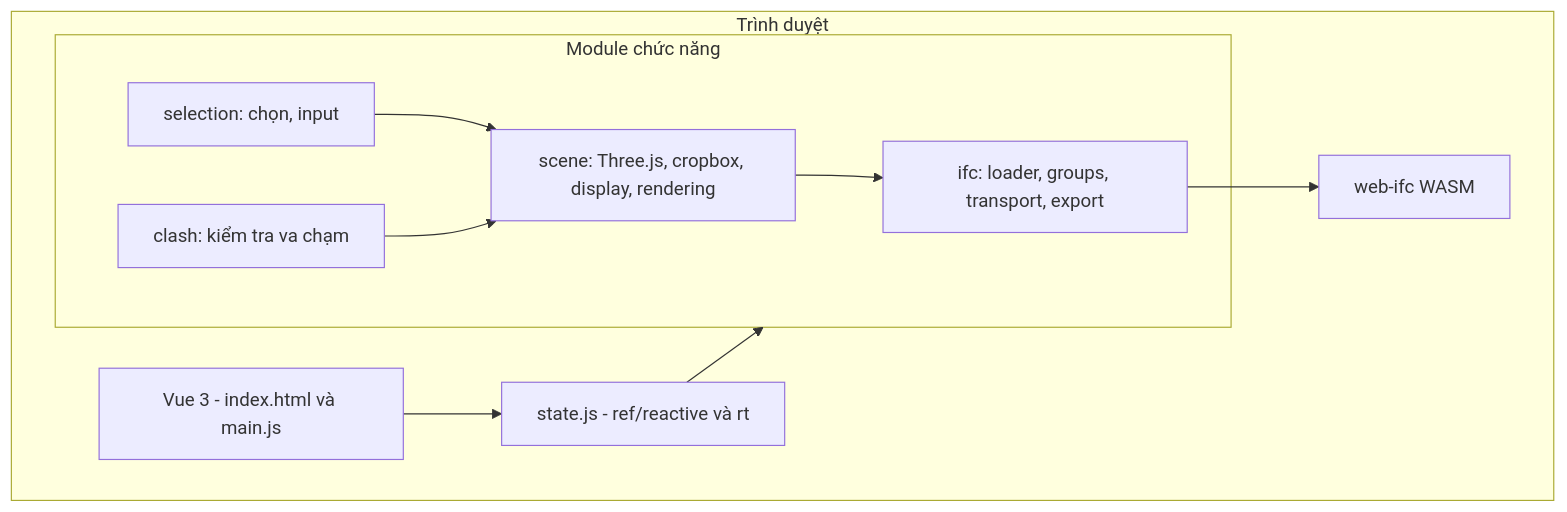
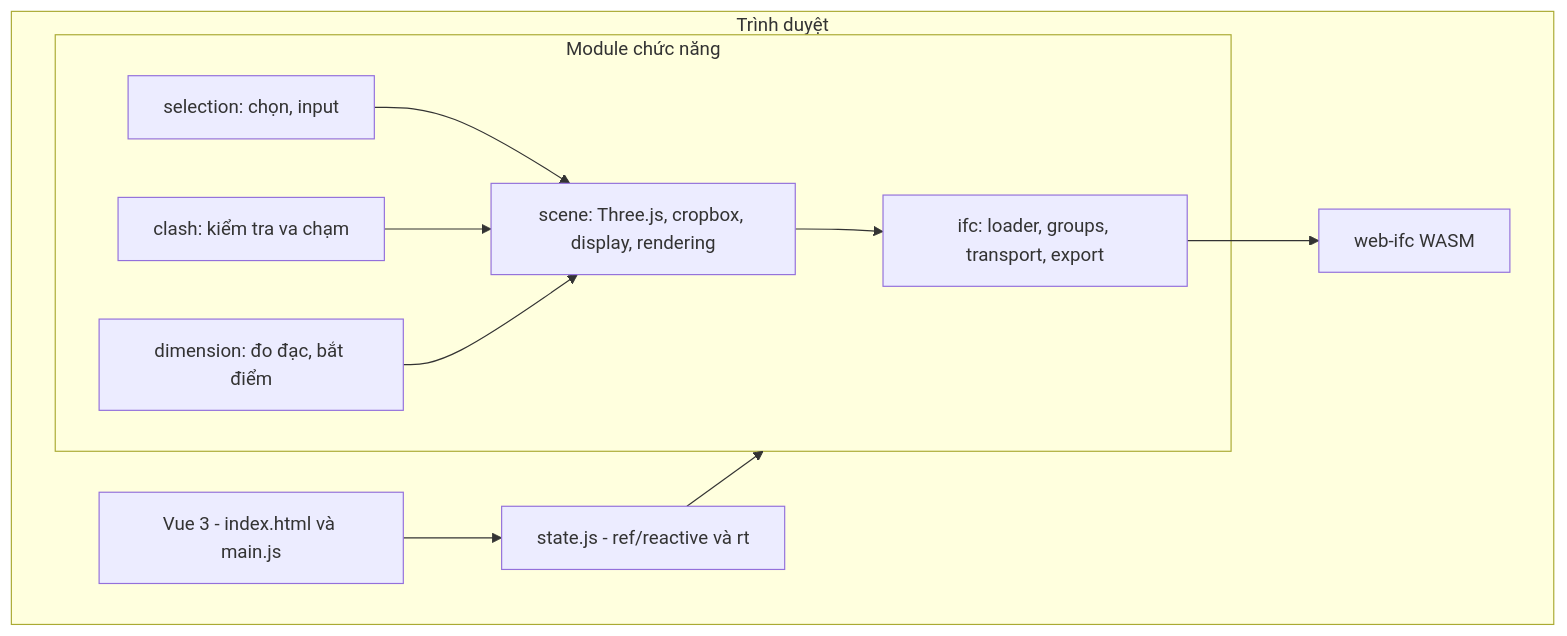
The third of 3 diagrams in README.md (4431thuc/HTML_7_IFC_editor), drawn with Mermaid before and after one commit. The commit also changed other lines of this file and 25 other files, not shown here.

````diff
--- a/README.md
+++ b/README.md
@@ -61,20 +102,22 @@
 ```mermaid
 flowchart TB
     subgraph Browser[Trình duyệt]
         UI[Vue 3 - index.html và main.js]
         State[state.js - ref/reactive và rt]
         subgraph Logic[Module chức năng]
             IFC[ifc: loader, groups, transport, export]
             Scene[scene: Three.js, cropbox, display, rendering]
             Sel[selection: chọn, input]
             Clash[clash: kiểm tra va chạm]
+            Dim[dimension: đo đạc, bắt điểm]
         end
         WASM[web-ifc WASM]
     end
     UI --> State
     State --> Logic
     IFC --> WASM
     Scene --> IFC
     Sel --> Scene
     Clash --> Scene
+    Dim --> Scene
 ```
````
